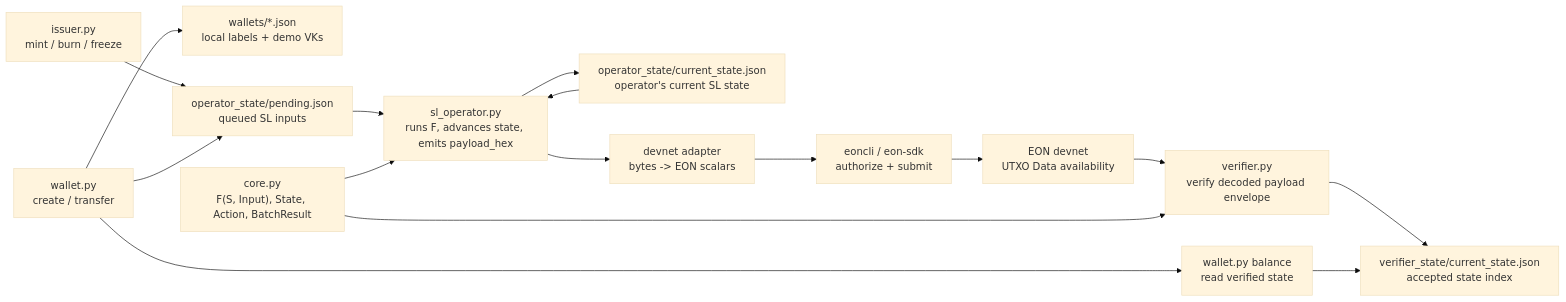
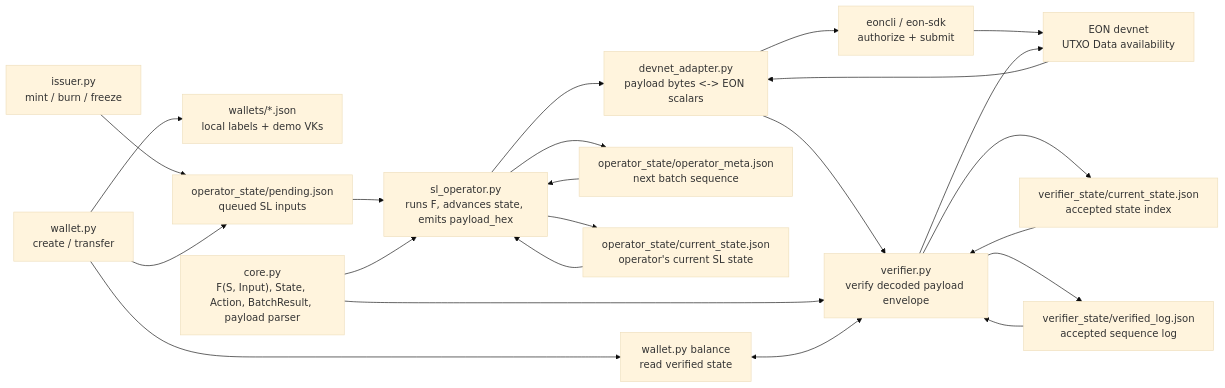
The diagram in ARCHITECTURE.md (bryfeng/eon-payment-sl-demo), drawn with Mermaid (base theme) before and after one commit. The commit also changed other lines of this file and 6 other files, not shown here.

Commit message:
Add devnet payload sequencing

````diff
--- a/ARCHITECTURE.md
+++ b/ARCHITECTURE.md
@@ -5,32 +5,41 @@
 ```mermaid
 flowchart LR
   issuer["issuer.py<br/>mint / burn / freeze"]
   wallet["wallet.py<br/>create / transfer"]
   walletRead["wallet.py balance<br/>read verified state"]
   wallets["wallets/*.json<br/>local labels + demo VKs"]
   pending["operator_state/pending.json<br/>queued SL inputs"]
+  meta["operator_state/operator_meta.json<br/>next batch sequence"]
   state["operator_state/current_state.json<br/>operator's current SL state"]
-  core["core.py<br/>F(S, Input), State, Action, BatchResult"]
+  core["core.py<br/>F(S, Input), State, Action, BatchResult, payload parser"]
   operator["sl_operator.py<br/>runs F, advances state, emits payload_hex"]
-  adapter["devnet adapter<br/>bytes -> EON scalars"]
+  adapter["devnet_adapter.py<br/>payload bytes <-> EON scalars"]
   eoncli["eoncli / eon-sdk<br/>authorize + submit"]
   devnet["EON devnet<br/>UTXO Data availability"]
   verifier["verifier.py<br/>verify decoded payload envelope"]
   verified["verifier_state/current_state.json<br/>accepted state index"]
+  verifiedLog["verifier_state/verified_log.json<br/>accepted sequence log"]
 
   wallet --> wallets
   issuer --> pending
   wallet --> pending
   wallet --> walletRead
   pending --> operator
   state --> operator
+  meta --> operator
   core --> operator
   operator --> state
+  operator --> meta
   operator --> adapter
   adapter --> eoncli
   eoncli --> devnet
-  devnet --> verifier
+  verifier --> devnet
+  devnet --> adapter
+  adapter --> verifier
   core --> verifier
   verifier --> verified
-  walletRead --> verified
+  verifier --> verifiedLog
+  verified --> verifier
+  verifiedLog --> verifier
+  walletRead <--> verifier
 ```
````
